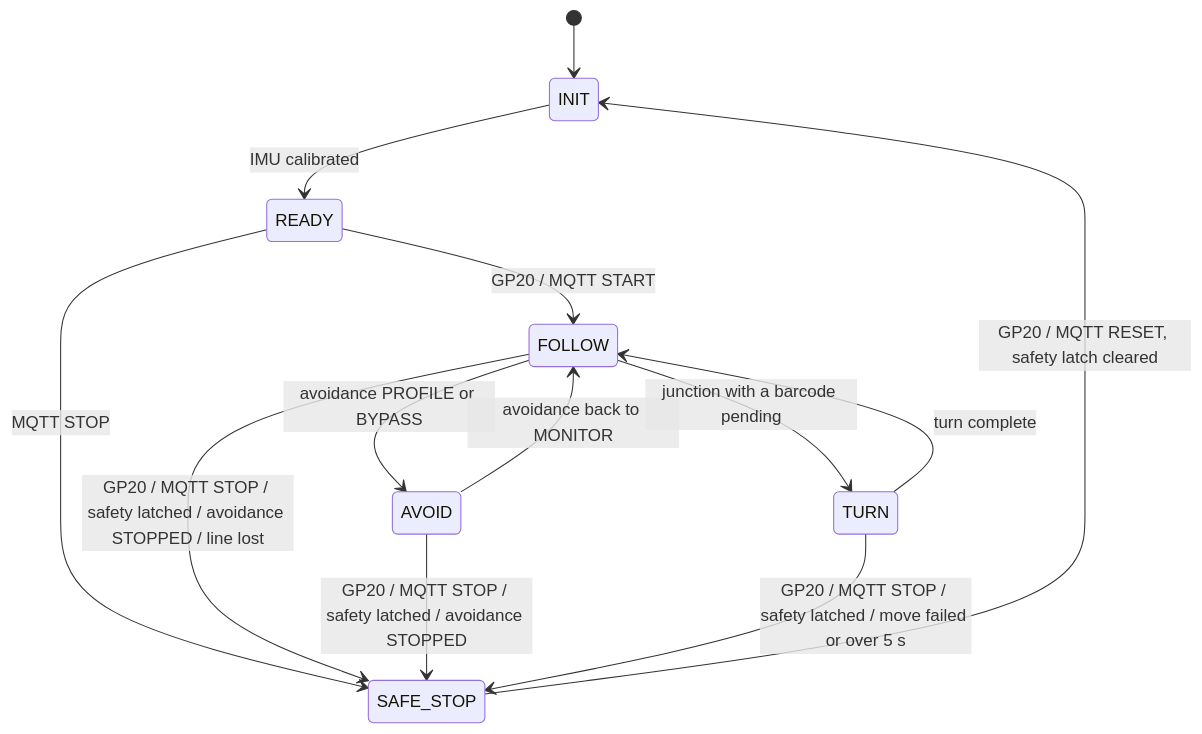
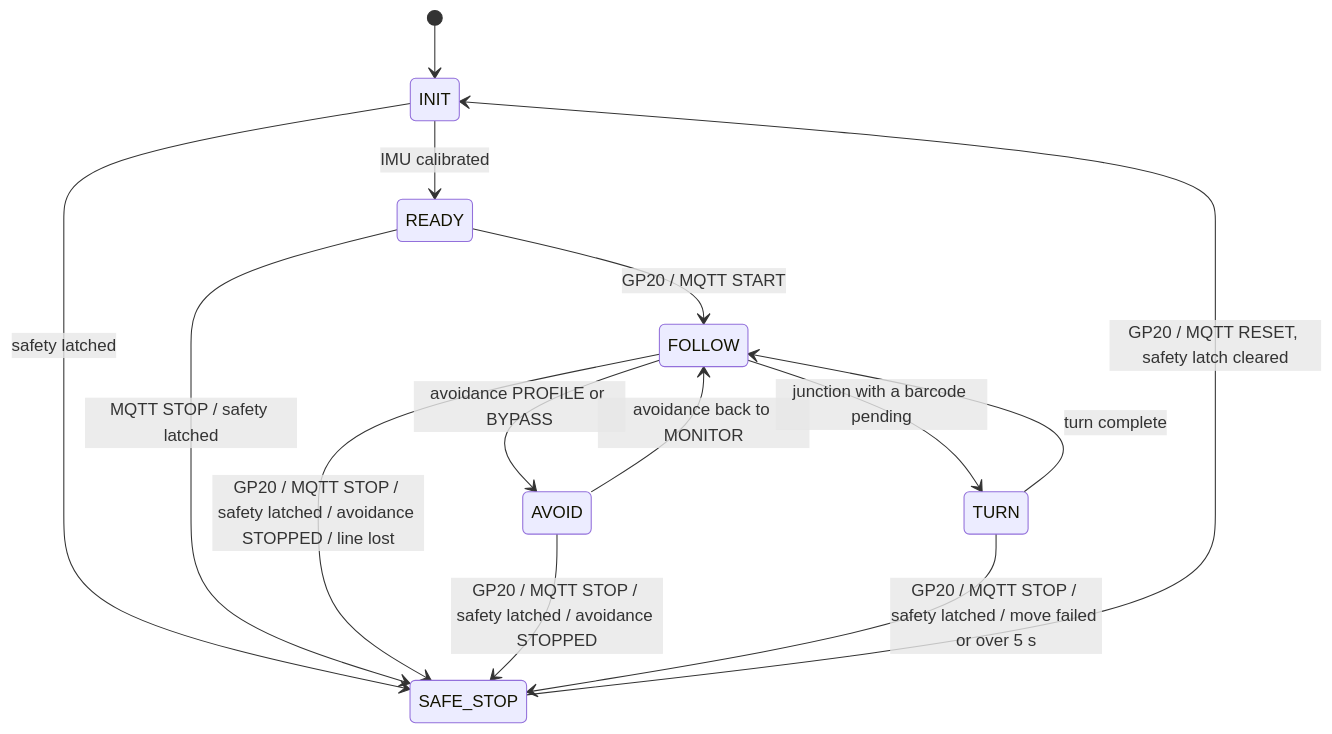
Before and after one commit to 10x-Slackers/INF2004: the diagram in docs/VEHICLE_CONTROLLER.md, drawn with Mermaid. The commit also changed other lines of this file and 119 other files, not shown here.

````diff
--- a/docs/VEHICLE_CONTROLLER.md
+++ b/docs/VEHICLE_CONTROLLER.md
@@ -13,15 +13,16 @@
 ```mermaid
 stateDiagram-v2
     [*] --> INIT
     INIT --> READY: IMU calibrated
     READY --> FOLLOW: GP20 / MQTT START
-    READY --> SAFE_STOP: MQTT STOP
+    INIT --> SAFE_STOP: safety latched
+    READY --> SAFE_STOP: MQTT STOP / safety latched
     FOLLOW --> AVOID: avoidance PROFILE or BYPASS
     AVOID --> FOLLOW: avoidance back to MONITOR
     FOLLOW --> TURN: junction with a barcode pending
     TURN --> FOLLOW: turn complete
     FOLLOW --> SAFE_STOP: GP20 / MQTT STOP / safety latched / avoidance STOPPED / line lost
     AVOID --> SAFE_STOP: GP20 / MQTT STOP / safety latched / avoidance STOPPED
     TURN --> SAFE_STOP: GP20 / MQTT STOP / safety latched / move failed or over 5 s
     SAFE_STOP --> INIT: GP20 / MQTT RESET, safety latch cleared
 ```
````
